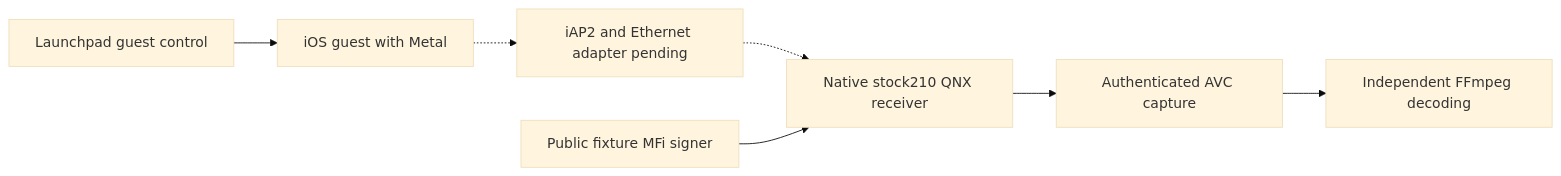
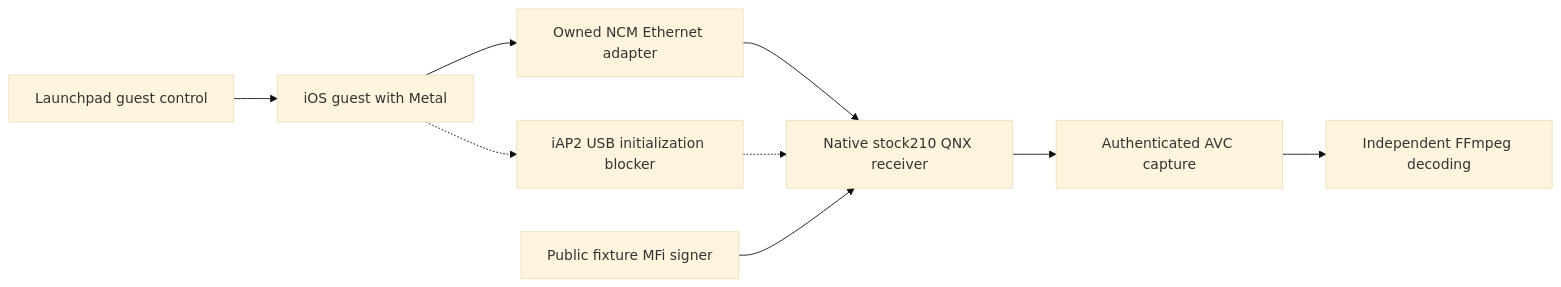
The diagram in docs/wireless-carplay/VPHONE_LAB.md (luka-dev/mib2q-carplay-rgi), drawn with Mermaid (base theme) before and after one commit. The commit also changed other lines of this file and 8 other files, not shown here.

Commit message:
Add owned vphone NCM bridge and record native USB bring-up evidence

````diff
--- a/docs/wireless-carplay/VPHONE_LAB.md
+++ b/docs/wireless-carplay/VPHONE_LAB.md
@@ -65,12 +77,14 @@
 ```mermaid
 flowchart LR
     accTitle: vphone CarPlay Laboratory Migration
-    accDescr: vphone replaces the iOS emulator while the native QNX receiver and MFi signer remain shared. The iAP2 and Ethernet adapter awaits live guest discovery and validation before video acceptance.
+    accDescr: vphone renders native applications and reaches QNX through its original NCM link. iAP2 attachment remains blocked by USB reinitialization, so MFi and video acceptance are pending.
 
     launchpad["Launchpad guest control"] --> ios_guest["iOS guest with Metal"]
-    ios_guest -.-> transport_adapter["iAP2 and Ethernet adapter pending"]
-    transport_adapter -.-> qnx_receiver["Native stock210 QNX receiver"]
+    ios_guest --> ethernet_adapter["Owned NCM Ethernet adapter"]
+    ethernet_adapter --> qnx_receiver["Native stock210 QNX receiver"]
+    ios_guest -.-> iap_adapter["iAP2 USB initialization blocker"]
+    iap_adapter -.-> qnx_receiver
     mfi_signer["Public fixture MFi signer"] --> qnx_receiver
     qnx_receiver --> video_capture["Authenticated AVC capture"]
     video_capture --> independent_decode["Independent FFmpeg decoding"]
 ```
````
